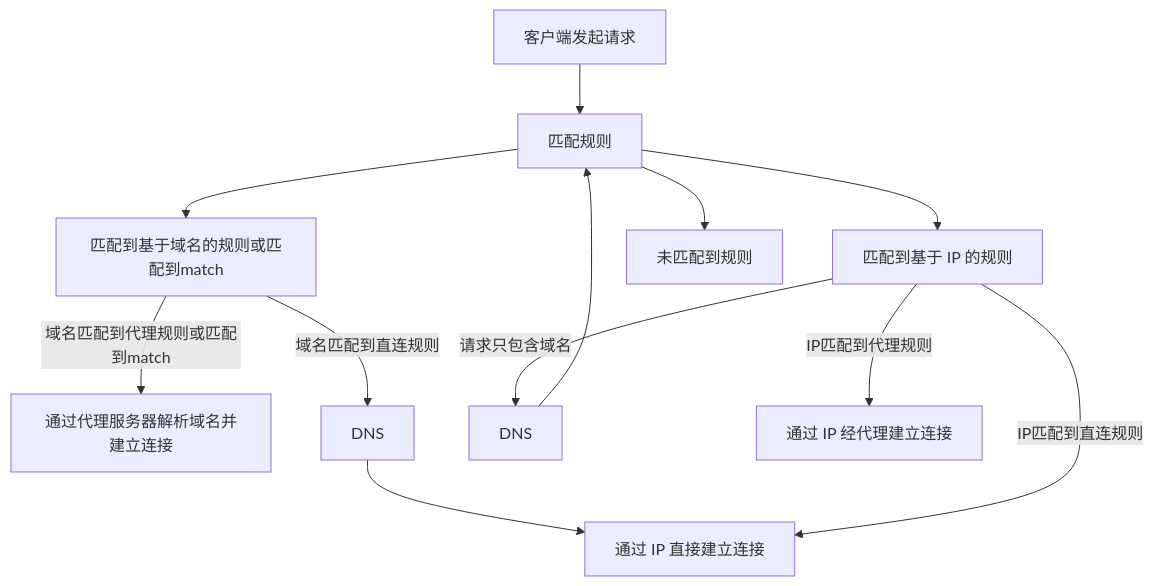
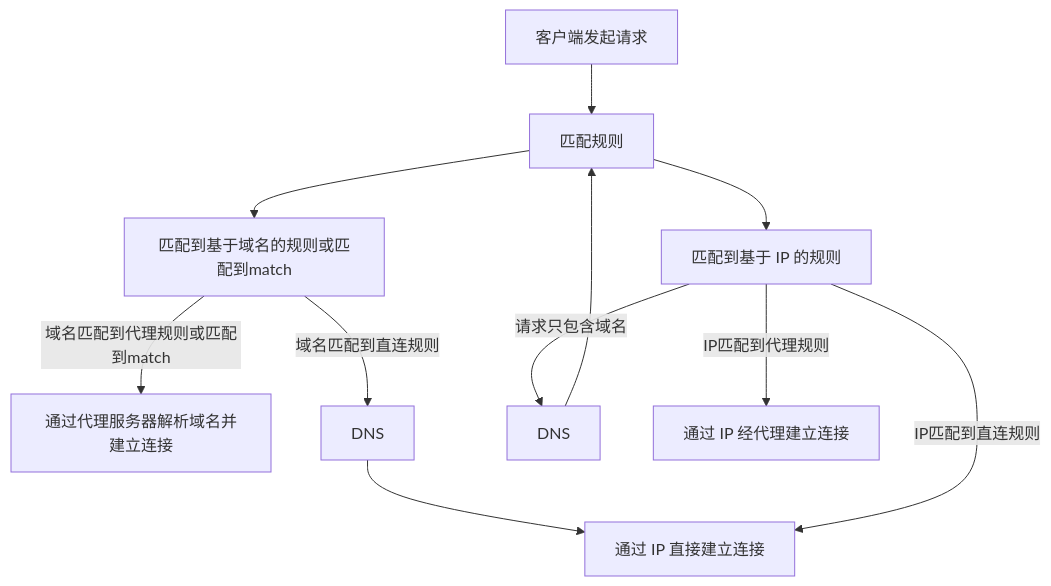
Before and after one commit to Jishi0/sub-rule: the first of 2 diagrams in mihomoDNS解析流程.md, drawn with Mermaid.

````diff
--- a/mihomoDNS解析流程.md
+++ b/mihomoDNS解析流程.md
@@ -2,17 +2,16 @@
 ```mermaid
 flowchart TD
   Start[客户端发起请求] --> rule[匹配规则]
   rule --> Domain[匹配到基于域名的规则或匹配到match]
   rule --> IP[匹配到基于 IP 的规则]
-  rule --> null[未匹配到规则]
 
   Domain --> |域名匹配到代理规则或匹配到match|Remote[通过代理服务器解析域名并建立连接]
   Domain --> |域名匹配到直连规则|DNS1[DNS]
   DNS1 --> Direct[通过 IP 直接建立连接]
 
   IP --> |请求只包含域名|DNS2[DNS]
   DNS2 --> rule
   IP --> |IP匹配到直连规则|Direct
   IP --> |IP匹配到代理规则|Proxy[通过 IP 经代理建立连接]
 
 ```
````
